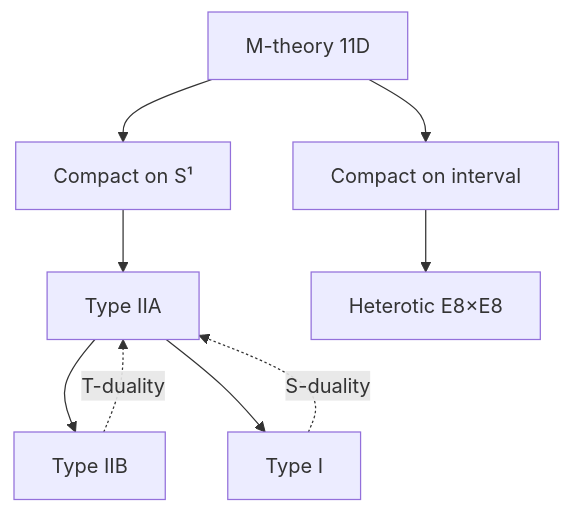
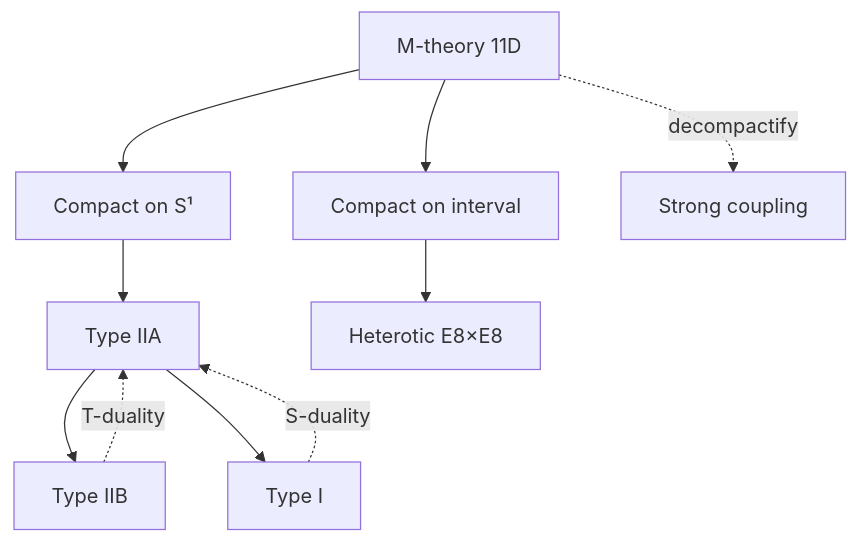
One commit to yip-lgtm/PhysicsSelfStudy changed the fifth of 5 diagrams in 03_MSc_Physics/electives/MSPY_6310_Superstring_Theory/README.md. Above: the diagram before and after it, drawn with Mermaid. The commit also changed other lines of this file and 17 other files, not shown here.

````diff
--- a/03_MSc_Physics/electives/MSPY_6310_Superstring_Theory/README.md
+++ b/03_MSc_Physics/electives/MSPY_6310_Superstring_Theory/README.md
@@ -295,11 +462,12 @@
 ```mermaid
 graph TD
     A[M-theory 11D] --> B[Compact on S¹]
     A --> C[Compact on interval]
     B --> D[Type IIA]
     C --> E[Heterotic E8×E8]
     D --> F[Type IIB]
     F -.->|T-duality| D
     D --> G[Type I]
     G -.->|S-duality| D
+    A -.->|decompactify| H[Strong coupling]
 ```
````
